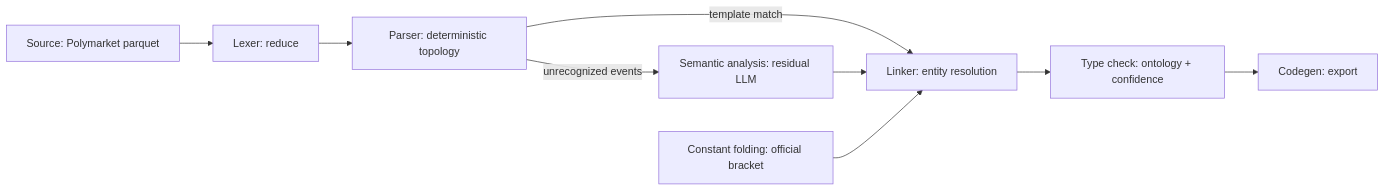
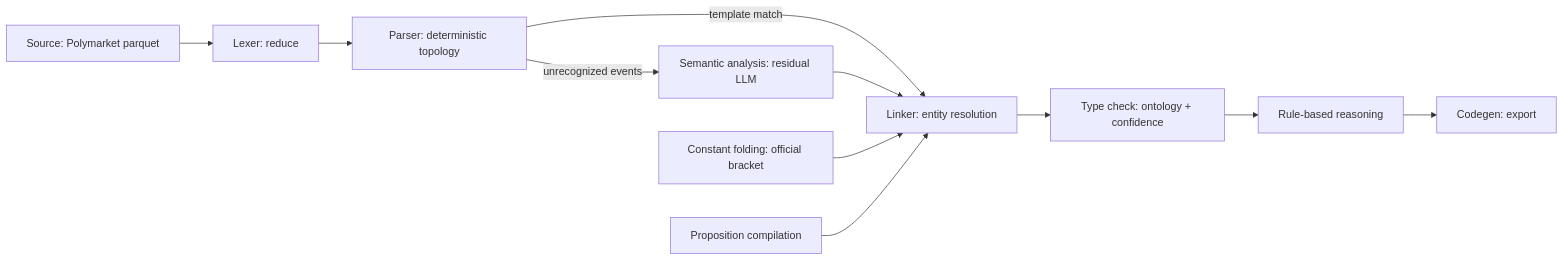
Before and after one commit to hypertrial/oddsfox-graph: the first of 2 diagrams in docs/concepts/architecture.md, drawn with Mermaid. The commit also changed other lines of this file and 36 other files, not shown here.

First line of the commit message:
Add formal propositions and deterministic logical rule engine.

````diff
--- a/docs/concepts/architecture.md
+++ b/docs/concepts/architecture.md
@@ -34,17 +38,20 @@
 ```mermaid
 flowchart LR
   sourceParquet["Source: Polymarket parquet"]
   lexerReduce["Lexer: reduce"]
   parserTopology["Parser: deterministic topology"]
   semanticLLM["Semantic analysis: residual LLM"]
   constFold["Constant folding: official bracket"]
+  propCompile["Proposition compilation"]
   linkerResolve["Linker: entity resolution"]
   typeCheck["Type check: ontology + confidence"]
+  ruleEngine["Rule-based reasoning"]
   codegenExport["Codegen: export"]
 
   sourceParquet --> lexerReduce --> parserTopology
   parserTopology -->|"template match"| linkerResolve
   parserTopology -->|"unrecognized events"| semanticLLM --> linkerResolve
   constFold --> linkerResolve
-  linkerResolve --> typeCheck --> codegenExport
+  propCompile --> linkerResolve
+  linkerResolve --> typeCheck --> ruleEngine --> codegenExport
 ```
````
